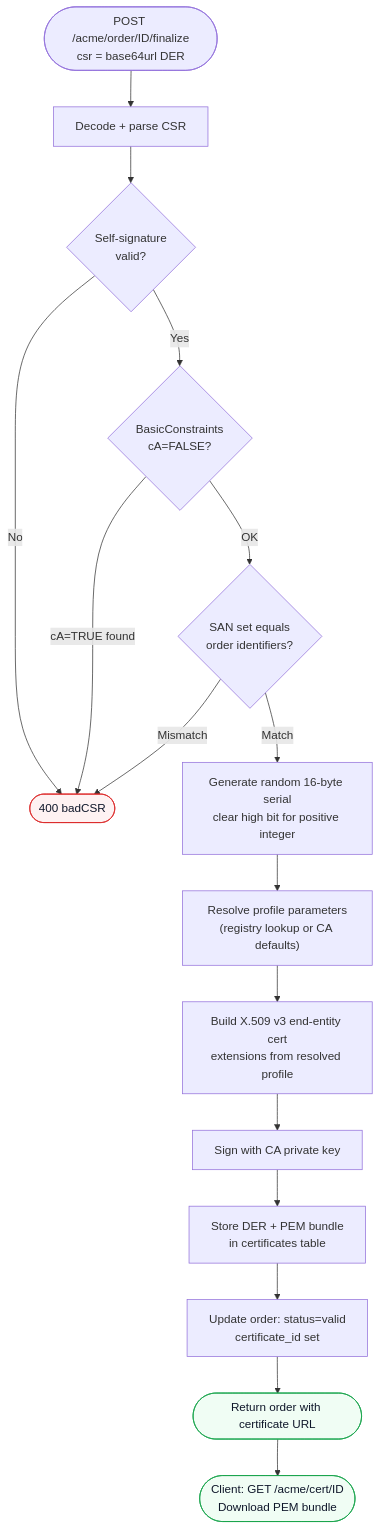
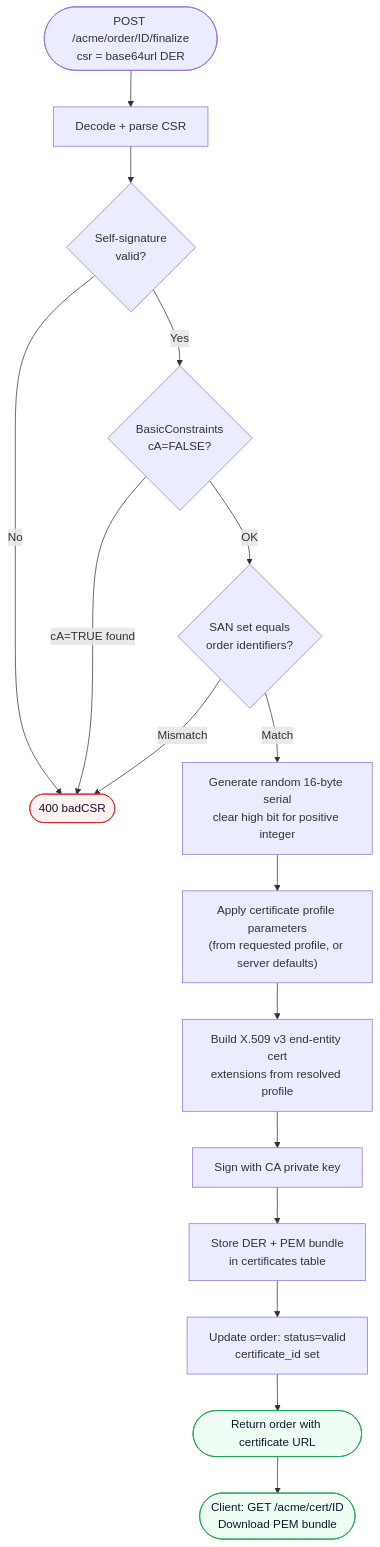
Before and after one commit to czinda/akamu: the first of 2 diagrams in docs/src/user/certificates.md, drawn with Mermaid. The commit also changed other lines of this file and 8 other files, not shown here.

````diff
--- a/docs/src/user/certificates.md
+++ b/docs/src/user/certificates.md
@@ -9,23 +9,23 @@
 ```mermaid
 flowchart TD
     A(["POST /acme/order/ID/finalize<br/>csr = base64url DER"]) --> B[Decode + parse CSR]
     B --> C{"Self-signature<br/>valid?"}
     C -->|No| FAIL([400 badCSR])
     C -->|Yes| D{"BasicConstraints<br/>cA=FALSE?"}
     D -->|cA=TRUE found| FAIL
     D -->|OK| E{"SAN set equals<br/>order identifiers?"}
     E -->|Mismatch| FAIL
     E -->|Match| F["Generate random 16-byte serial<br/>clear high bit for positive integer"]
-    F --> P["Resolve profile parameters<br/>(registry lookup or CA defaults)"]
+    F --> P["Apply certificate profile parameters<br/>(from requested profile, or server defaults)"]
     P --> G["Build X.509 v3 end-entity cert<br/>extensions from resolved profile"]
     G --> H[Sign with CA private key]
     H --> I["Store DER + PEM bundle<br/>in certificates table"]
     I --> J["Update order: status=valid<br/>certificate_id set"]
     J --> K([Return order with certificate URL])
     K --> L(["Client: GET /acme/cert/ID<br/>Download PEM bundle"])
 
     classDef ok   fill:#f0fdf4,stroke:#16a34a,color:#0f172a
     classDef fail fill:#fef2f2,stroke:#dc2626,color:#0f172a
     class K,L ok
     class FAIL fail
 ```
````
